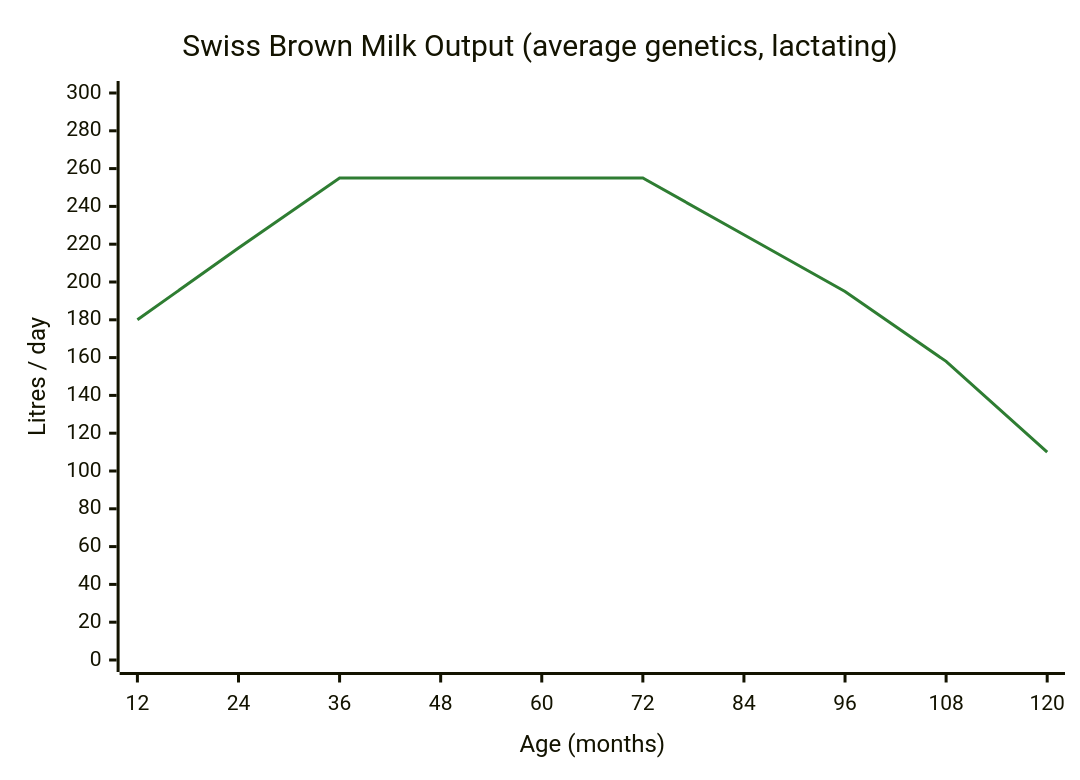
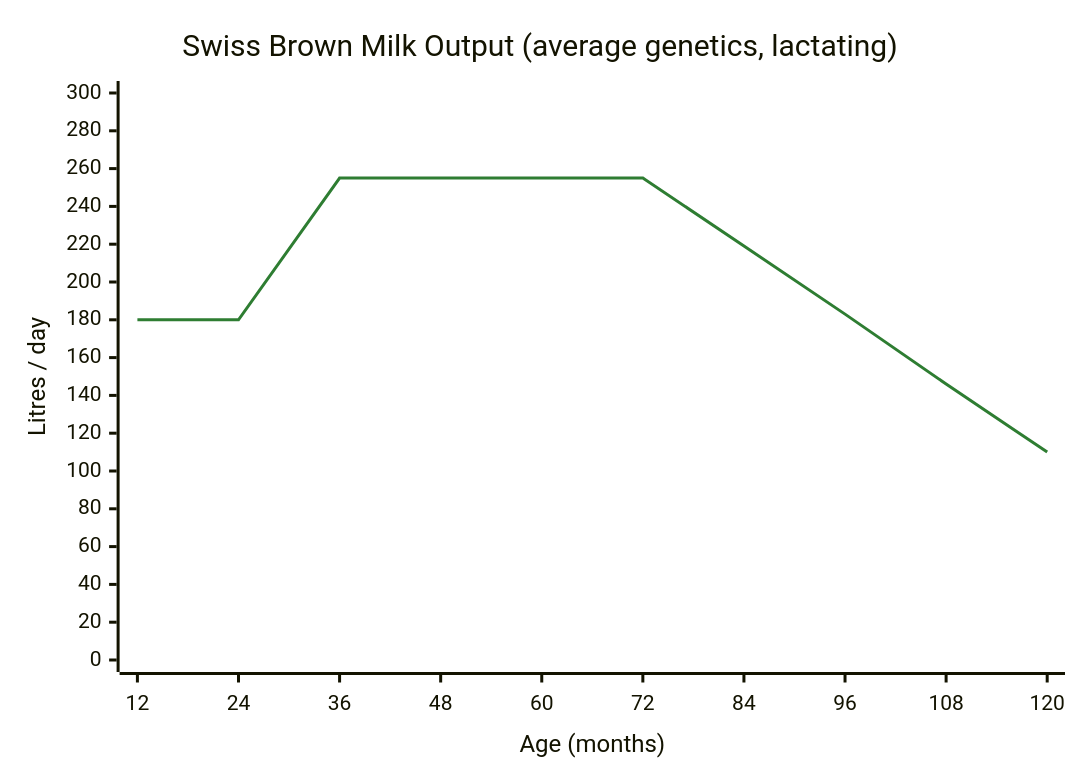
One commit to Toamsz93/FS25_RealisticLivestockRM changed the diagram in docs/user-guide/factsheet-cattle.md. Above: the diagram before and after it, drawn with Mermaid. The commit also changed other lines of this file and 16 other files, not shown here.

````diff
--- a/docs/user-guide/factsheet-cattle.md
+++ b/docs/user-guide/factsheet-cattle.md
@@ -47,8 +47,8 @@
 ```mermaid
 %%{init: {"themeVariables": {"xyChart": {"plotColorPalette": "#2e7d32"}}}}%%
 xychart-beta
     title "Swiss Brown Milk Output (average genetics, lactating)"
     x-axis "Age (months)" [12, 24, 36, 48, 60, 72, 84, 96, 108, 120]
     y-axis "Litres / day" 0 --> 300
-    line [180, 218, 255, 255, 255, 255, 225, 195, 158, 110]
+    line [180, 180, 255, 255, 255, 255, 219, 183, 146, 110]
 ```
````
